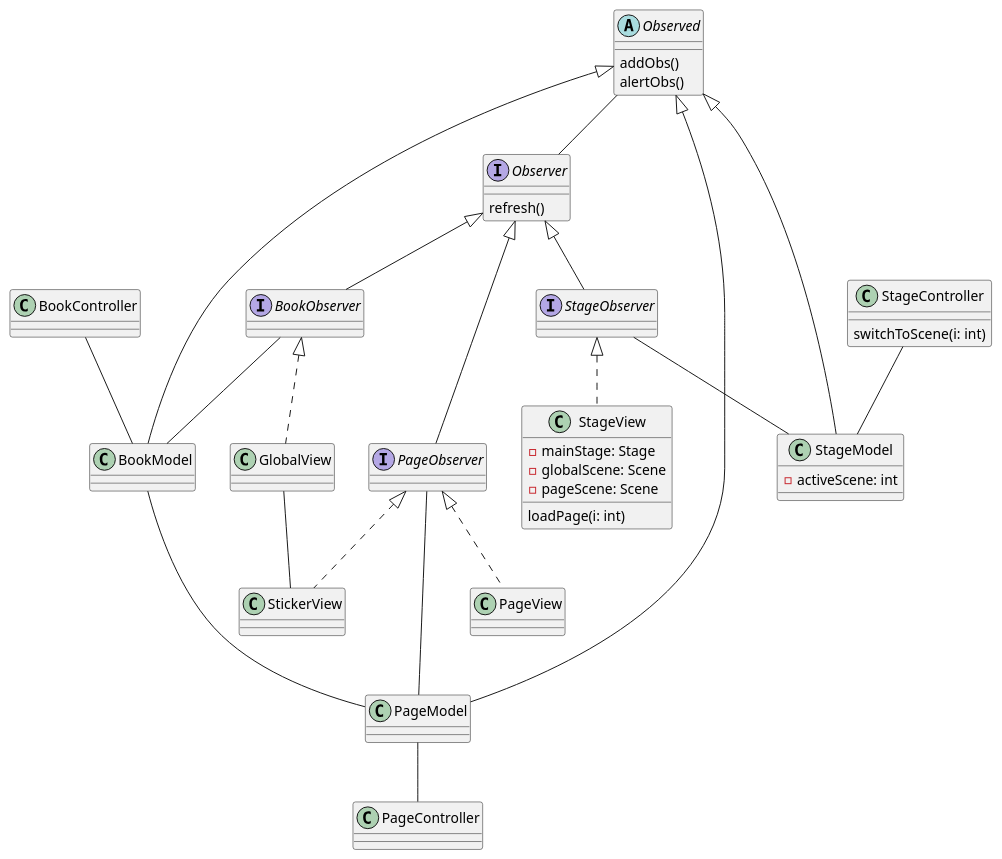
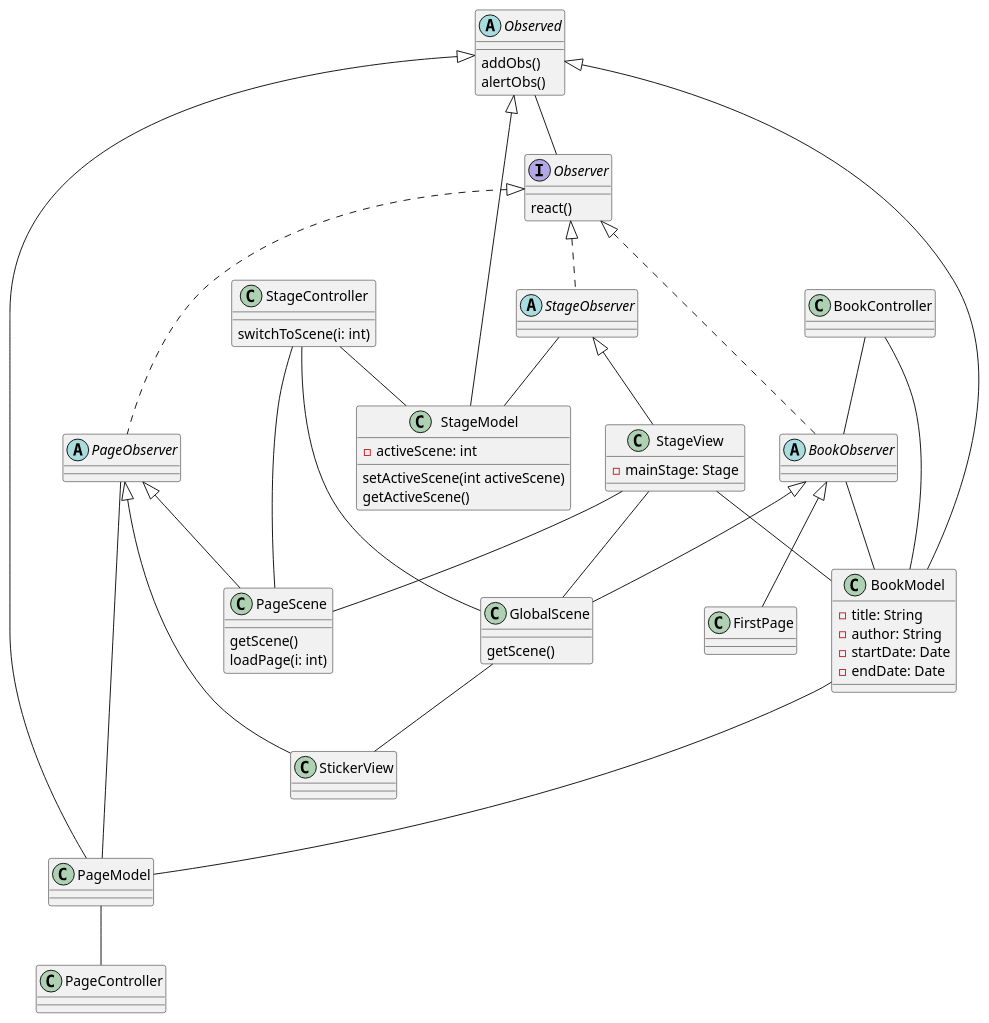
One commit to BigBaz54/TravelBook changed the diagram in classDiagramm.wsd. Above: the diagram before and after it, drawn with PlantUML. The commit also changed 95 other files, not shown here.

```diff
--- a/classDiagramm.wsd
+++ b/classDiagramm.wsd
@@ -1,81 +1,96 @@
 @startuml class
 
 interface Observer {
-    {method} refresh()
+    {method} react()
 }
 
-interface BookObserver implements Observer {
+abstract class BookObserver implements Observer {
     
 }
 
-interface PageObserver implements Observer {
+abstract class PageObserver implements Observer {
 
 }
 
-interface StageObserver implements Observer {
+abstract class StageObserver implements Observer {
     
 }
 
 abstract class Observed {
     {method} addObs()
     {method} alertObs() 
 }
 
 class BookModel extends Observed {
-
+    - title: String
+    - author: String
+    - startDate: Date
+    - endDate: Date
 }
 
 class PageModel extends Observed {
 
 }
 
 class StageModel extends Observed {
     - activeScene: int
+    {method} setActiveScene(int activeScene)
+    {method} getActiveScene()
 }
 
 class BookController {
 
 }
 
 class PageController {
 
 }
 
 class StageController {
     {method} switchToScene(i: int)
 
 }
 
-class GlobalView implements BookObserver {
+class GlobalScene extends BookObserver {
+    {method} getScene()
 
 }
 
-class PageView implements PageObserver {
-
-}
-
-class StageView implements StageObserver {
-    - mainStage: Stage
-    - globalScene: Scene
-    - pageScene: Scene
+class PageScene extends PageObserver {
+    {method} getScene()
     {method} loadPage(i: int)
 }
 
-class StickerView implements PageObserver{
+class FirstPage extends BookObserver {
+    
+}
+
+class StageView extends StageObserver {
+    - mainStage: Stage
+}
+
+class StickerView extends PageObserver {
 
 }
 
 StageController -- StageModel
+StageController -- PageScene
+StageController -- GlobalScene
 BookController -- BookModel
+BookController -- BookObserver
 PageModel -- PageController
 
 StageObserver -- StageModel
 PageObserver -- PageModel
 BookObserver -- BookModel
-GlobalView -- StickerView
+GlobalScene -- StickerView
+StageView -- BookModel
+
+StageView -- GlobalScene
+StageView -- PageScene
 
 BookModel --- PageModel
 
 Observed -- Observer
 
 @enduml
```
